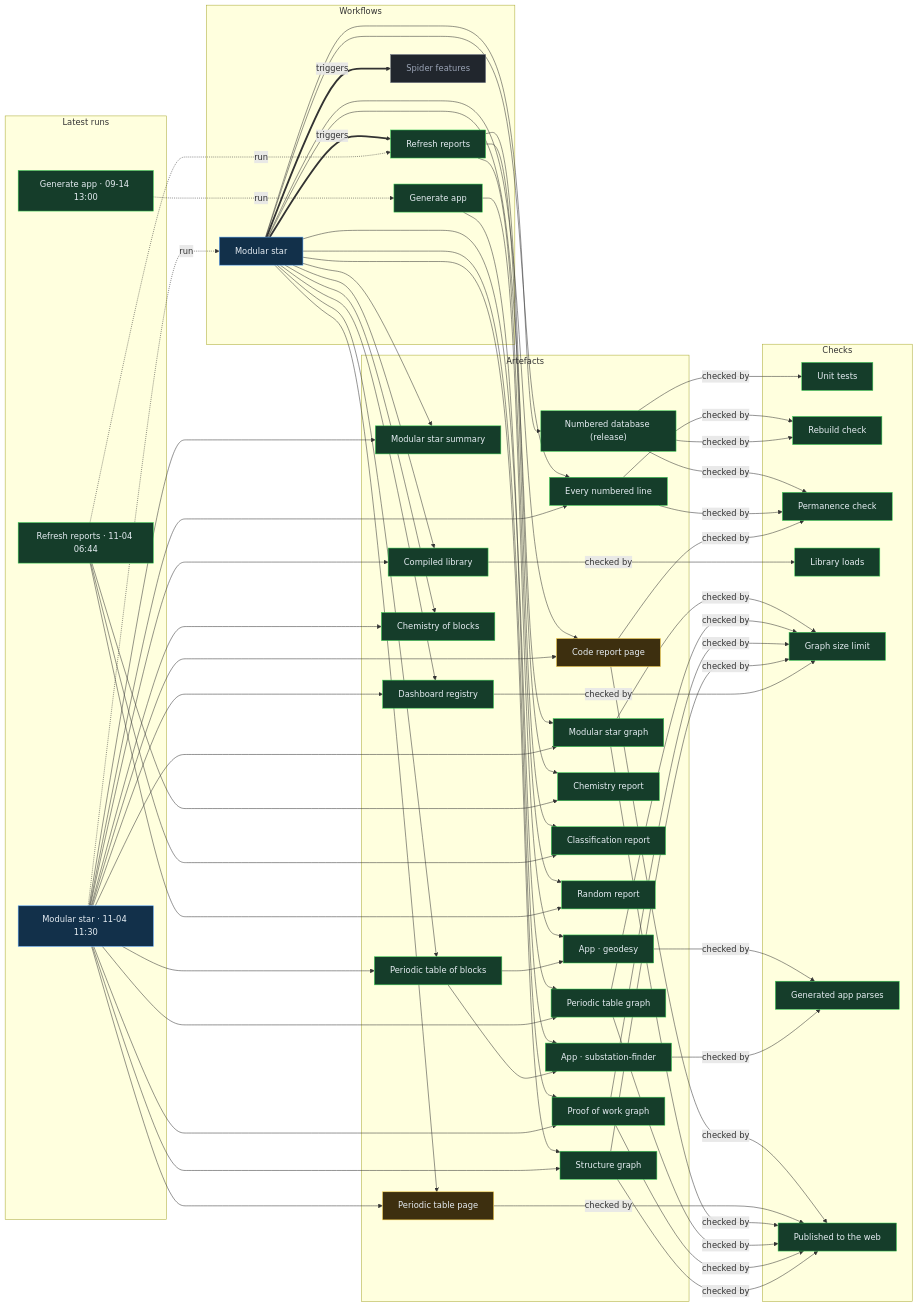
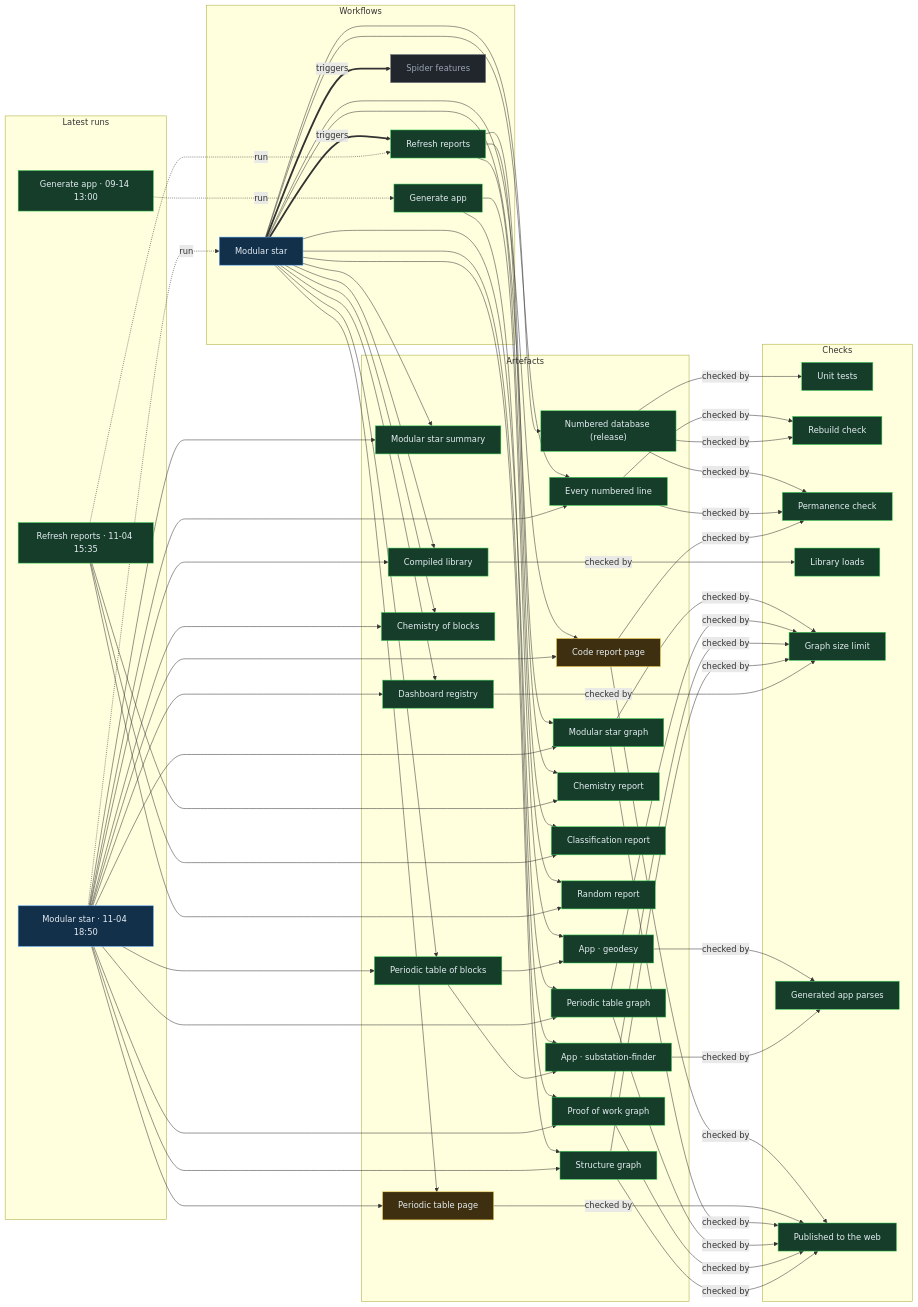
The diagram in proof/PROOF.md (Ventusltd/stars), drawn with Mermaid before and after one commit. The commit also changed other lines of this file and 33 other files, not shown here.

Commit message:
Modular star 2026-11-04T18:53Z

```diff
--- a/proof/PROOF.md
+++ b/proof/PROOF.md
@@ -24,8 +24,8 @@
   n_wf_spider_features["Spider features"]:::off
   end
   subgraph g_runs["Latest runs"]
-  n_run_41821470085["Modular star · 11-04 11:30"]:::live
-  n_run_41787519806["Refresh reports · 11-04 06:44"]:::ok
+  n_run_41891149743["Modular star · 11-04 18:50"]:::live
+  n_run_41859281471["Refresh reports · 11-04 15:35"]:::ok
   n_run_34846587798["Generate app · 09-14 13:00"]:::ok
   end
   subgraph g_artefacts["Artefacts"]
@@ -59,39 +59,39 @@
   end
   n_wf_modular_star == triggers ==> n_wf_refresh
   n_wf_modular_star == triggers ==> n_wf_spider_features
-  n_run_41821470085 -. run .-> n_wf_modular_star
-  n_run_41787519806 -. run .-> n_wf_refresh
+  n_run_41891149743 -. run .-> n_wf_modular_star
+  n_run_41859281471 -. run .-> n_wf_refresh
   n_run_34846587798 -. run .-> n_wf_generate
   n_wf_modular_star --> n_art_summary
-  n_run_41821470085 --> n_art_summary
+  n_run_41891149743 --> n_art_summary
   n_wf_modular_star --> n_art_lines
-  n_run_41821470085 --> n_art_lines
+  n_run_41891149743 --> n_art_lines
   n_wf_modular_star --> n_art_code
-  n_run_41821470085 --> n_art_code
+  n_run_41891149743 --> n_art_code
   n_wf_modular_star --> n_art_modular_graph
-  n_run_41821470085 --> n_art_modular_graph
+  n_run_41891149743 --> n_art_modular_graph
   n_wf_modular_star --> n_art_blocks
-  n_run_41821470085 --> n_art_blocks
+  n_run_41891149743 --> n_art_blocks
   n_wf_modular_star --> n_art_table
-  n_run_41821470085 --> n_art_table
+  n_run_41891149743 --> n_art_table
   n_wf_modular_star --> n_art_blocks_graph
-  n_run_41821470085 --> n_art_blocks_graph
+  n_run_41891149743 --> n_art_blocks_graph
   n_wf_modular_star --> n_art_reactions
-  n_run_41821470085 --> n_art_reactions
+  n_run_41891149743 --> n_art_reactions
   n_wf_modular_star --> n_art_library
-  n_run_41821470085 --> n_art_library
+  n_run_41891149743 --> n_art_library
   n_wf_modular_star --> n_art_features
-  n_run_41821470085 --> n_art_features
+  n_run_41891149743 --> n_art_features
   n_wf_modular_star --> n_art_proof
-  n_run_41821470085 --> n_art_proof
+  n_run_41891149743 --> n_art_proof
   n_wf_modular_star --> n_art_structure
-  n_run_41821470085 --> n_art_structure
+  n_run_41891149743 --> n_art_structure
   n_wf_refresh --> n_art_chemistry
-  n_run_41787519806 --> n_art_chemistry
+  n_run_41859281471 --> n_art_chemistry
   n_wf_refresh --> n_art_vedic
-  n_run_41787519806 --> n_art_vedic
+  n_run_41859281471 --> n_art_vedic
   n_wf_refresh --> n_art_random
-  n_run_41787519806 --> n_art_random
+  n_run_41859281471 --> n_art_random
   n_wf_modular_star --> n_art_release
   n_wf_generate --> n_app_geodesy
   n_art_blocks --> n_app_geodesy
```
